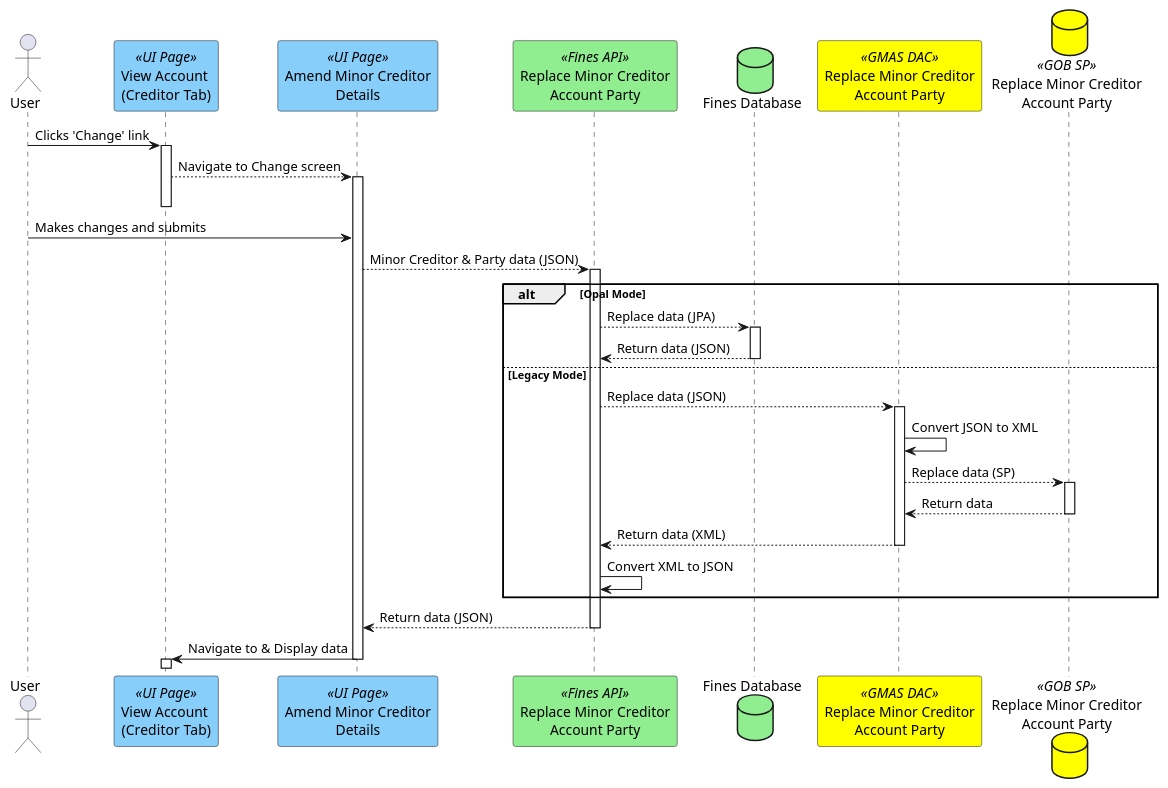
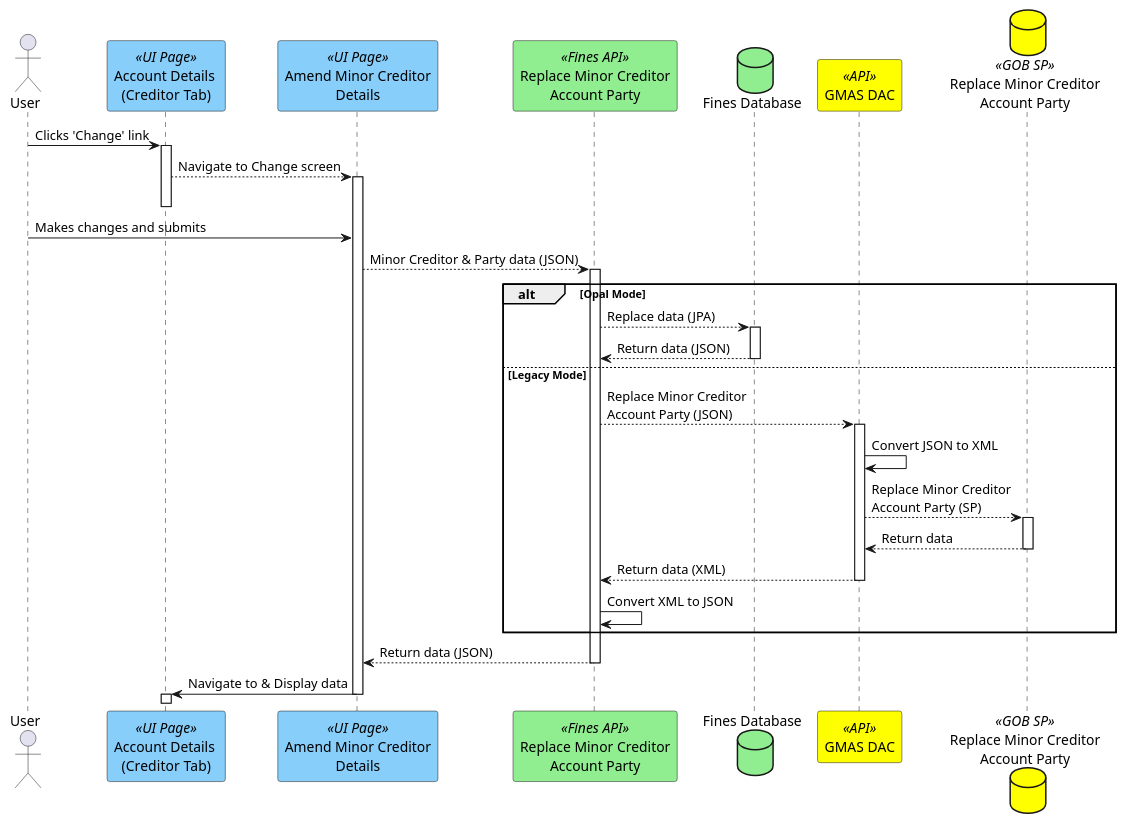
Before and after one commit to hmcts/opal-docs: the diagram in plantUML/fae-view-amend-minor creditor/fae-amend-minor-creditor.puml, drawn with PlantUML. The commit also changed 1 other file, not shown here.

Commit message:
updates to view and amend minor creditor diagrams

```diff
--- a/plantUML/fae-view-amend-minor creditor/fae-amend-minor-creditor.puml
+++ b/plantUML/fae-view-amend-minor creditor/fae-amend-minor-creditor.puml
@@ -1,28 +1,28 @@
 @startuml
 actor User
-participant "View Account \n(Creditor Tab)" as viewScreen <<UI Page>> #lightskyblue
+participant "Account Details \n(Creditor Tab)" as viewScreen <<UI Page>> #lightskyblue
 participant "Amend Minor Creditor\nDetails" as changeScreen <<UI Page>> #lightskyblue
 participant "Replace Minor Creditor\nAccount Party" as putapi <<Fines API>> #lightgreen
 database "Fines Database" as db #lightgreen
-participant "Replace Minor Creditor\nAccount Party" as gmasdac <<GMAS DAC>> #yellow
+participant "GMAS DAC" as gmasdac <<API>> #yellow
 database "Replace Minor Creditor\nAccount Party" as dblegacy <<GOB SP>> #yellow
 
 User -> viewScreen ++ : Clicks 'Change' link
 viewScreen --> changeScreen ++--: Navigate to Change screen
 User -> changeScreen : Makes changes and submits
 changeScreen --> putapi ++ : Minor Creditor & Party data (JSON)
 alt Opal Mode
 putapi --> db ++ : Replace data (JPA)
 db --> putapi -- : Return data (JSON)
 else Legacy Mode
-putapi --> gmasdac ++ : Replace data (JSON)
+putapi --> gmasdac ++ : Replace Minor Creditor\nAccount Party (JSON)
 gmasdac -> gmasdac: Convert JSON to XML
-gmasdac --> dblegacy ++ : Replace data (SP)
+gmasdac --> dblegacy ++ : Replace Minor Creditor\nAccount Party (SP)
 dblegacy --> gmasdac -- : Return data
 gmasdac --> putapi -- : Return data (XML)
 putapi -> putapi : Convert XML to JSON
 end
 putapi --> changeScreen --: Return data (JSON)
 changeScreen -> viewScreen --++: Navigate to & Display data
 putapi --
 @enduml
```
